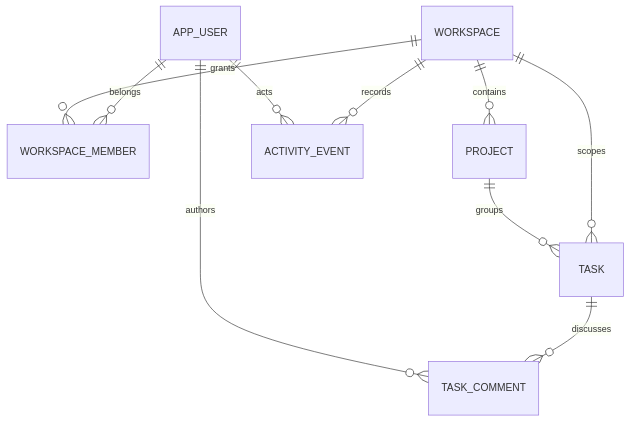
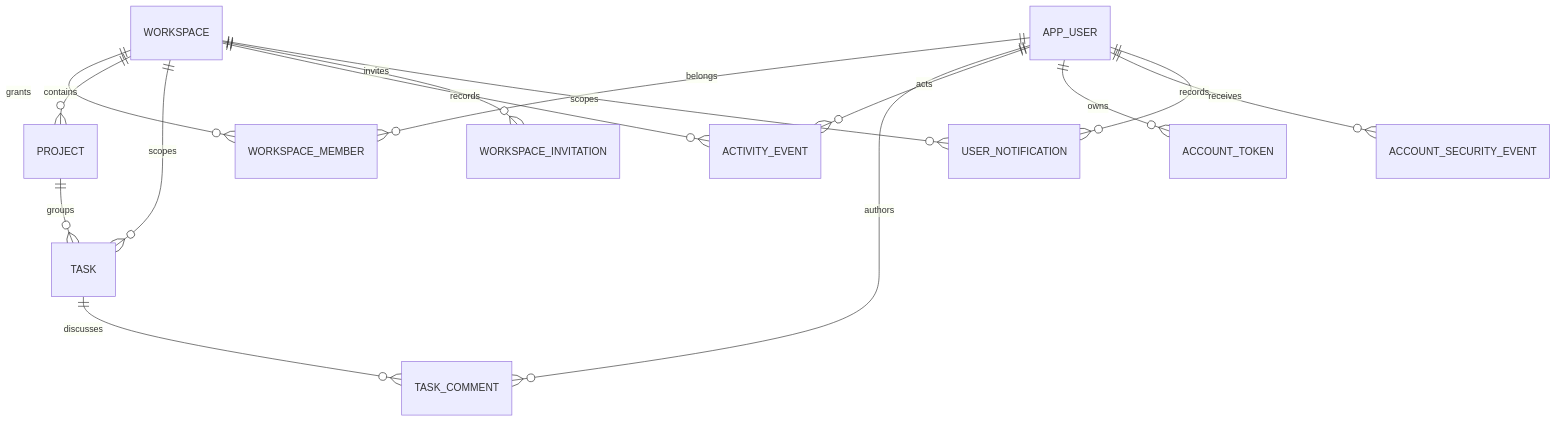
The second of 2 diagrams in docs/ARCHITECTURE.md (jon-jc/Orbit), drawn with Mermaid before and after one commit. The commit also changed other lines of this file and 18 other files, not shown here.

````diff
--- a/docs/ARCHITECTURE.md
+++ b/docs/ARCHITECTURE.md
@@ -26,12 +31,17 @@
 ```mermaid
 erDiagram
     APP_USER ||--o{ WORKSPACE_MEMBER : belongs
     WORKSPACE ||--o{ WORKSPACE_MEMBER : grants
     WORKSPACE ||--o{ PROJECT : contains
     WORKSPACE ||--o{ TASK : scopes
     PROJECT ||--o{ TASK : groups
     TASK ||--o{ TASK_COMMENT : discusses
     WORKSPACE ||--o{ ACTIVITY_EVENT : records
     APP_USER ||--o{ TASK_COMMENT : authors
     APP_USER ||--o{ ACTIVITY_EVENT : acts
+    APP_USER ||--o{ ACCOUNT_TOKEN : owns
+    APP_USER ||--o{ ACCOUNT_SECURITY_EVENT : records
+    WORKSPACE ||--o{ WORKSPACE_INVITATION : invites
+    APP_USER ||--o{ USER_NOTIFICATION : receives
+    WORKSPACE ||--o{ USER_NOTIFICATION : scopes
 ```
````
